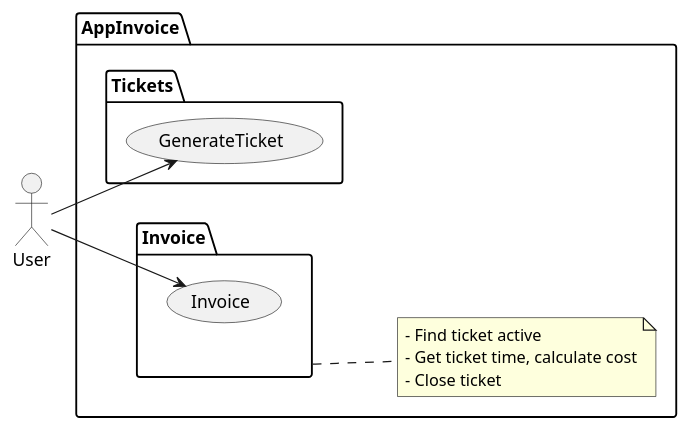
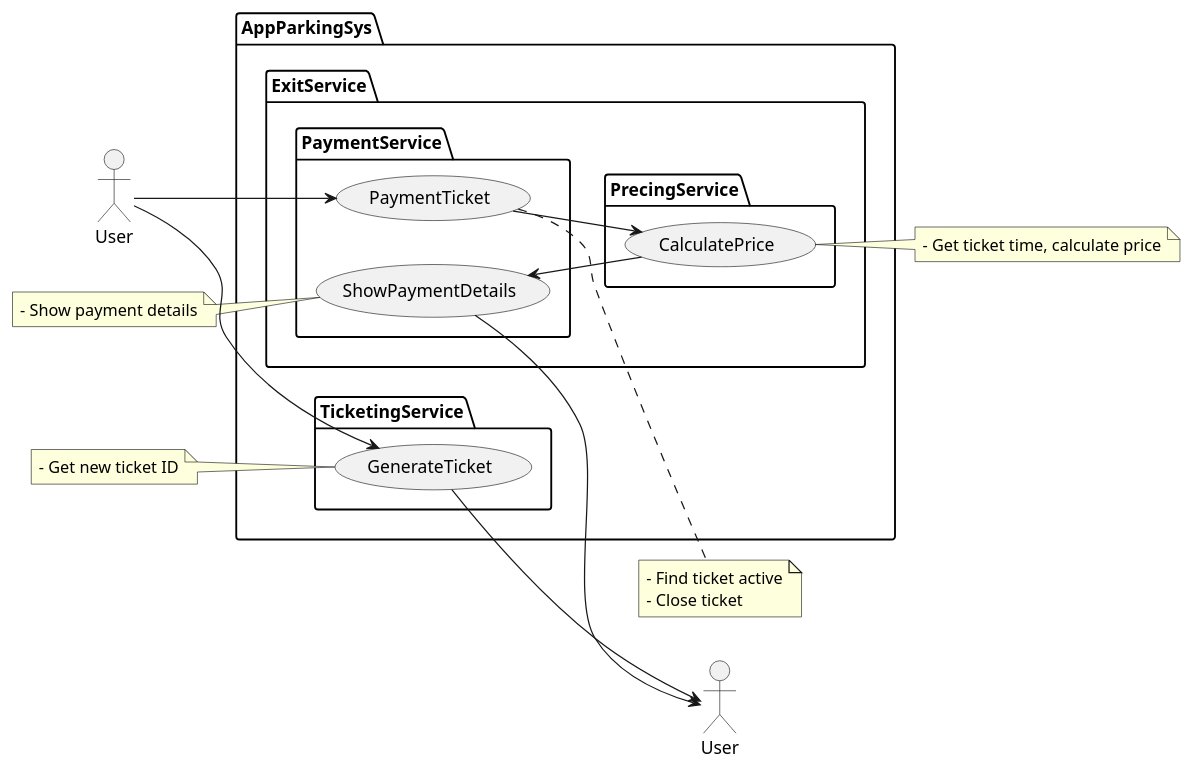
One commit to cgedler/AppParkingSys-Back changed the diagram in uml/UseCase.puml. Above: the diagram before and after it, drawn with PlantUML. The commit also changed 5 other files, not shown here.

Commit message:
Add base uml 08-01-2024

```diff
--- a/uml/UseCase.puml
+++ b/uml/UseCase.puml
@@ -1,23 +1,50 @@
 @startuml
 actor User as user
+actor User as user2
 left to right direction
 
-package AppInvoice {
+package AppParkingSys {
 
-package Tickets {
-(GenerateTicket) as genticket
-user --> genticket
+package TicketingService {
+    (GenerateTicket) as genticket
 }
 
-package Invoice {
-(Invoice) as invoice
-user --> invoice
+package ExitService {
+
+    package PaymentService {
+        (PaymentTicket) as payticket
+        (ShowPaymentDetails) as paydetails
+    }
+
+    package PrecingService {
+        (CalculatePrice) as calcprice
+    }
+
 }
 
-note right of (Invoice)
-- Find ticket active
-- Get ticket time, calculate cost
-- Close ticket
+}
+user --> genticket
+genticket --> user2
+user --> payticket
+payticket --> calcprice
+calcprice --> paydetails
+paydetails --> user2
+
+note left of (genticket)
+    - Get new ticket ID
+end note
+
+note right of (payticket)
+    - Find ticket active
+    - Close ticket
+end note
+
+note right of (calcprice)
+    - Get ticket time, calculate price
+end note
+
+note left of (paydetails)
+    - Show payment details
 end note
 
 @enduml
```
